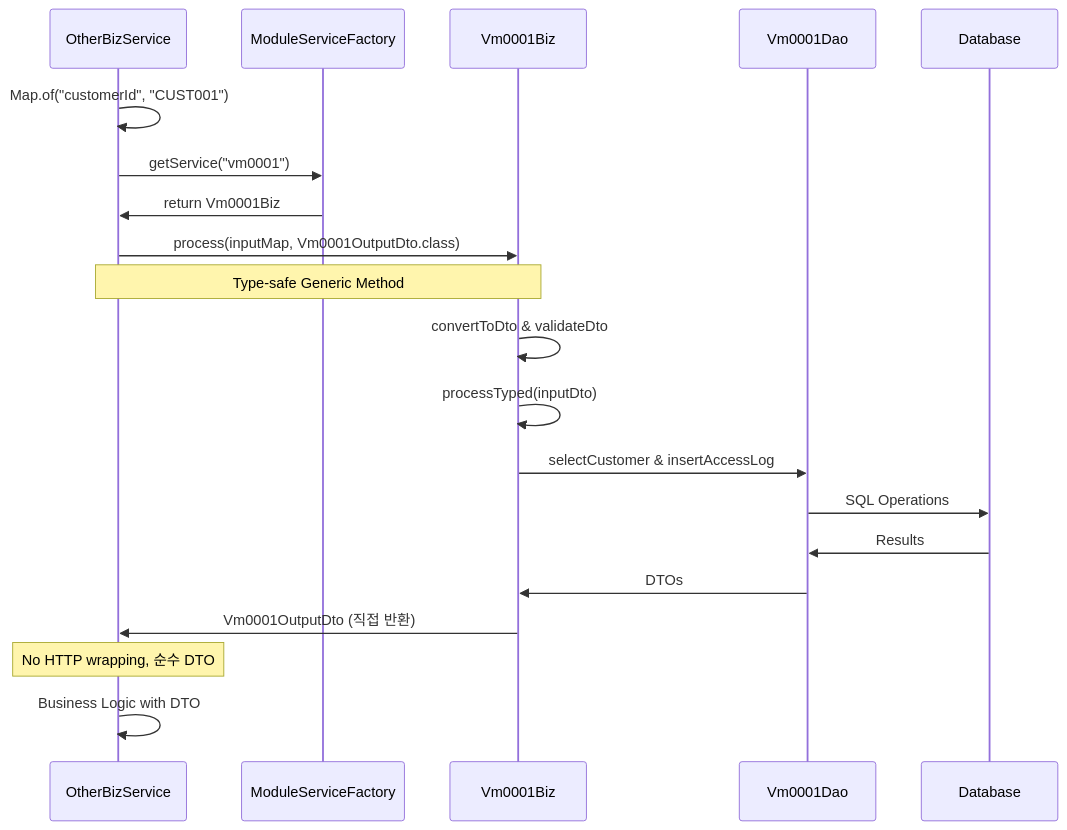
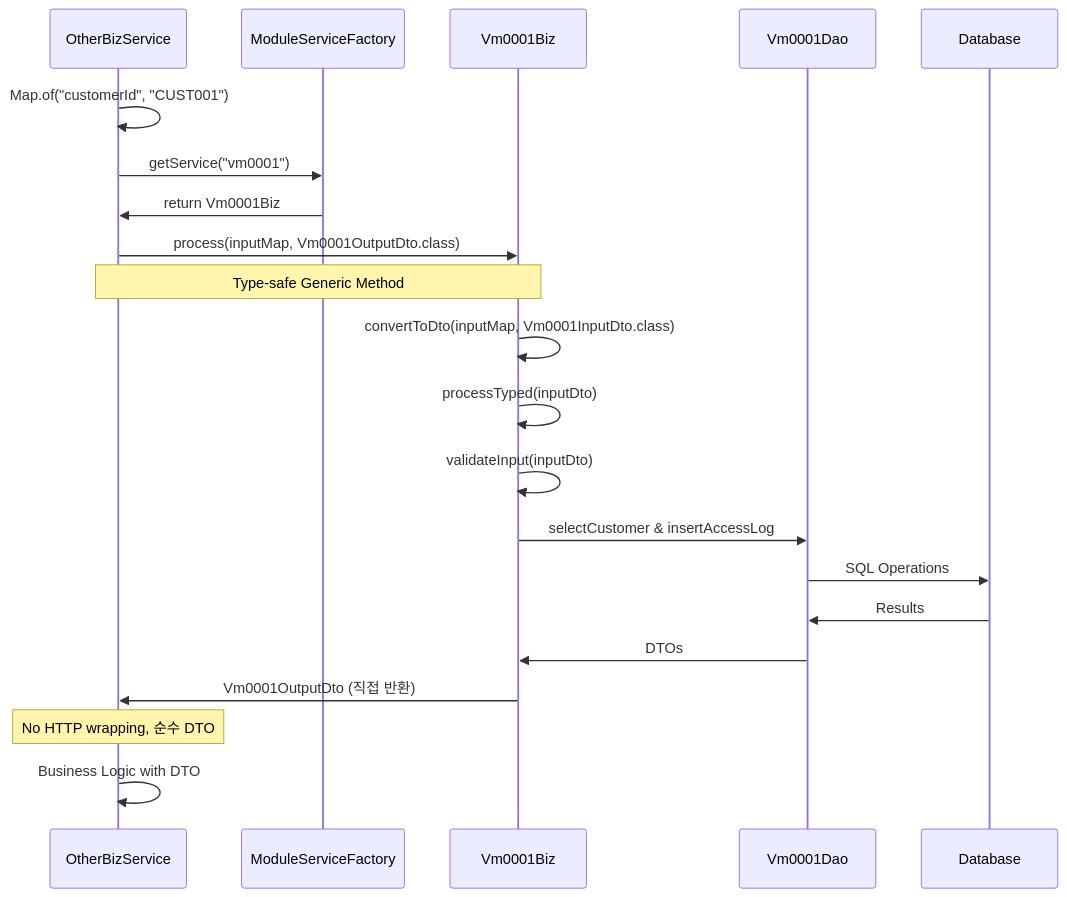
Before and after one commit to kubelin/wm-common: the third of 3 diagrams in README.md, drawn with Mermaid. The commit also changed other lines of this file, not shown here.

First line of the commit message:
docs: Update documentation to reflect validation architecture changes

````diff
--- a/README.md
+++ b/README.md
@@ -214,27 +215,28 @@
 ```mermaid
 sequenceDiagram
     participant BizCaller as OtherBizService
     participant Factory as ModuleServiceFactory
     participant Service as Vm0001Biz
     participant DAO as Vm0001Dao
     participant DB as Database
     
     BizCaller->>BizCaller: Map.of("customerId", "CUST001")
     BizCaller->>Factory: getService("vm0001")
     Factory->>BizCaller: return Vm0001Biz
     
     BizCaller->>Service: process(inputMap, Vm0001OutputDto.class)
     Note over BizCaller,Service: Type-safe Generic Method
     
-    Service->>Service: convertToDto & validateDto
+    Service->>Service: convertToDto(inputMap, Vm0001InputDto.class)
     Service->>Service: processTyped(inputDto)
+    Service->>Service: validateInput(inputDto)
     Service->>DAO: selectCustomer & insertAccessLog
     DAO->>DB: SQL Operations
     DB->>DAO: Results
     DAO->>Service: DTOs
     
     Service->>BizCaller: Vm0001OutputDto (직접 반환)
     Note over BizCaller: No HTTP wrapping, 순수 DTO
     
     BizCaller->>BizCaller: Business Logic with DTO
 ```
````
